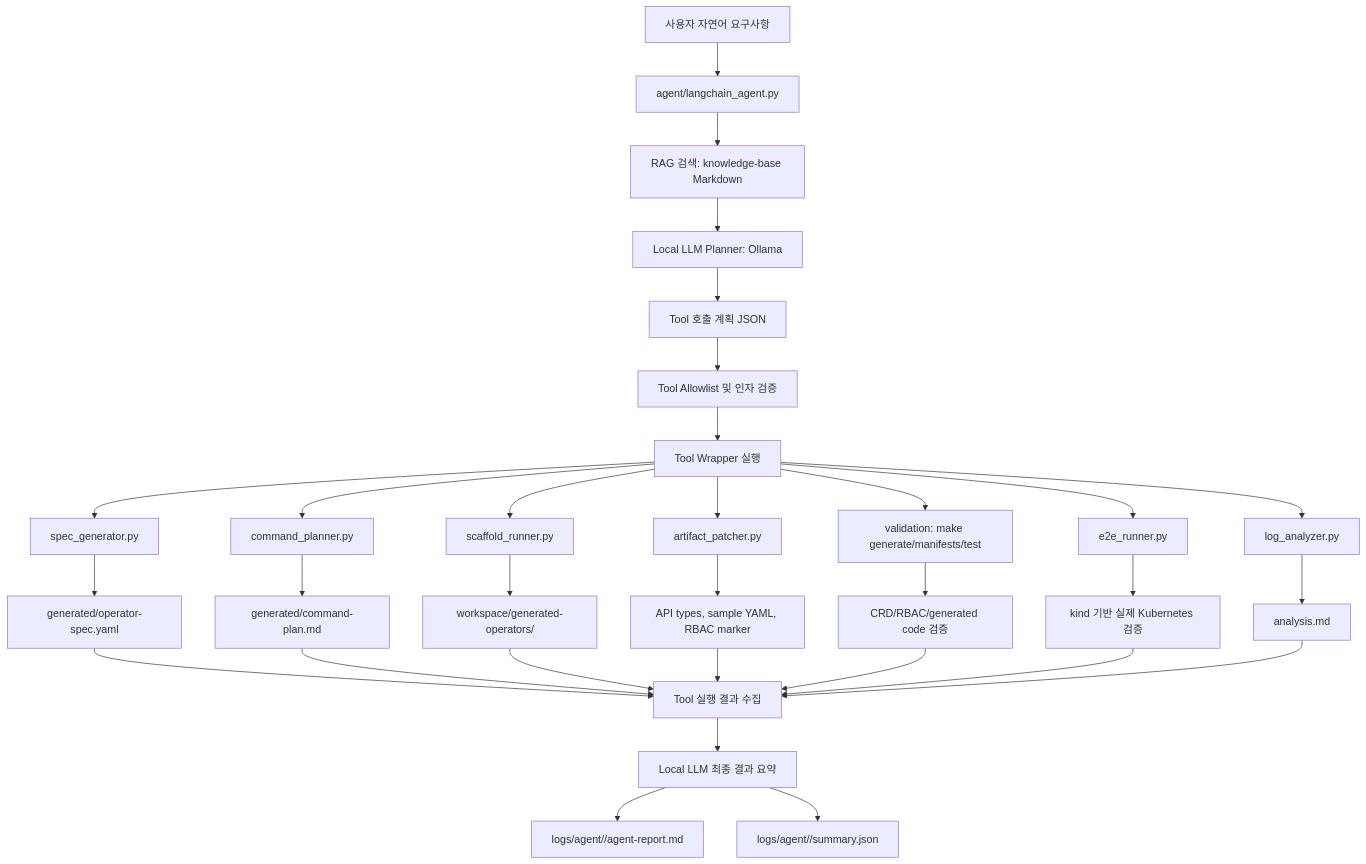
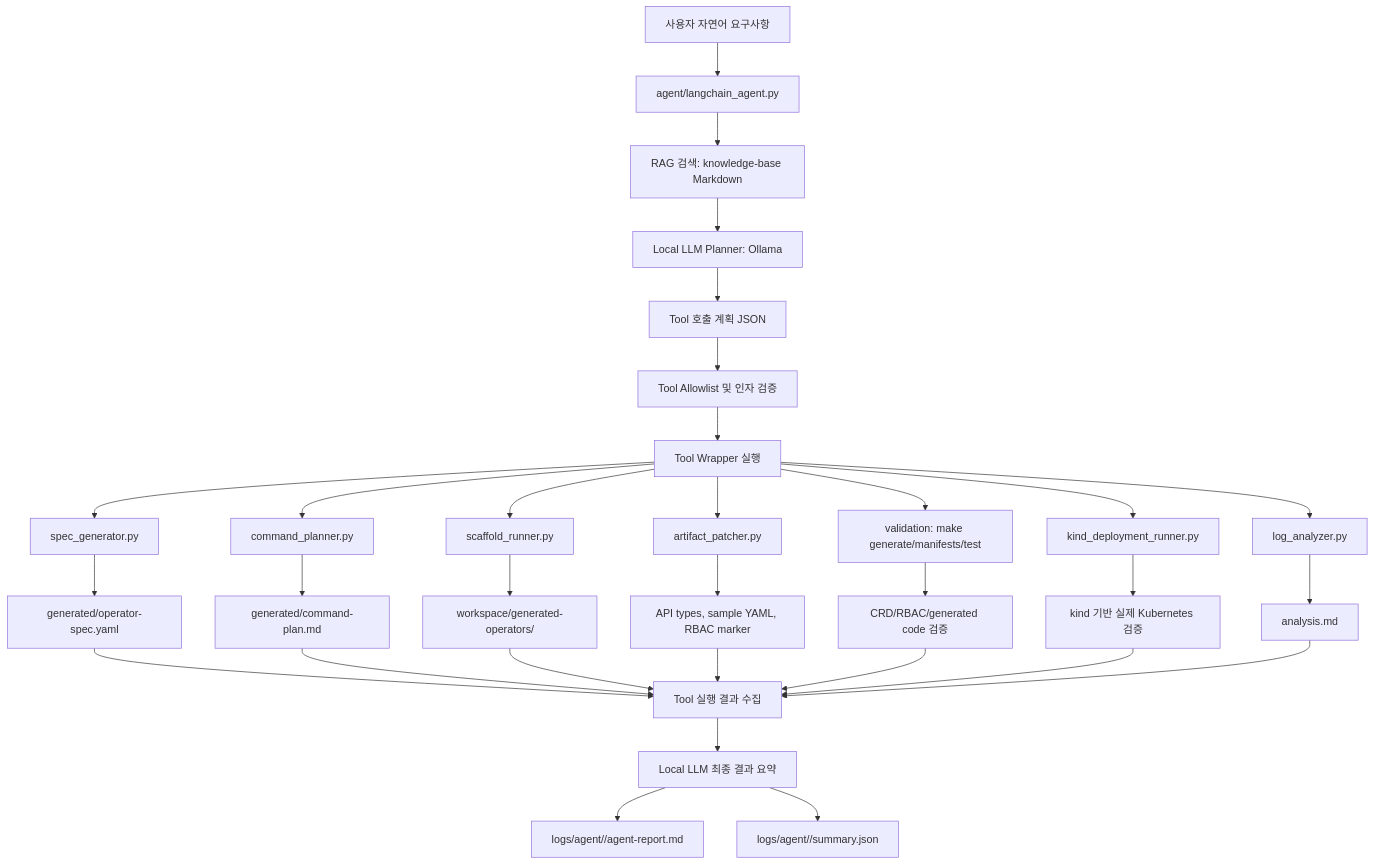
The second of 2 diagrams in README.md (kuashi17/k8sagent), drawn with Mermaid before and after one commit. The commit also changed other lines of this file and 39 other files, not shown here.

````diff
--- a/README.md
+++ b/README.md
@@ -90,37 +90,37 @@
 ```mermaid
 flowchart TD
     A["사용자 자연어 요구사항"] --> B["agent/langchain_agent.py"]
     B --> C["RAG 검색: knowledge-base Markdown"]
     C --> D["Local LLM Planner: Ollama"]
     D --> E["Tool 호출 계획 JSON"]
     E --> F["Tool Allowlist 및 인자 검증"]
     F --> G["Tool Wrapper 실행"]
 
     G --> H1["spec_generator.py"]
     G --> H2["command_planner.py"]
     G --> H3["scaffold_runner.py"]
     G --> H4["artifact_patcher.py"]
     G --> H5["validation: make generate/manifests/test"]
-    G --> H6["e2e_runner.py"]
+    G --> H6["kind_deployment_runner.py"]
     G --> H7["log_analyzer.py"]
 
     H1 --> I["generated/operator-spec.yaml"]
     H2 --> J["generated/command-plan.md"]
     H3 --> K["workspace/generated-operators/<operator>"]
     H4 --> L["API types, sample YAML, RBAC marker"]
     H5 --> M["CRD/RBAC/generated code 검증"]
     H6 --> N["kind 기반 실제 Kubernetes 검증"]
     H7 --> O["analysis.md"]
 
     I --> P["Tool 실행 결과 수집"]
     J --> P
     K --> P
     L --> P
     M --> P
     N --> P
     O --> P
 
     P --> Q["Local LLM 최종 결과 요약"]
     Q --> R["logs/agent/<timestamp>/agent-report.md"]
     Q --> S["logs/agent/<timestamp>/summary.json"]
 ```
````
